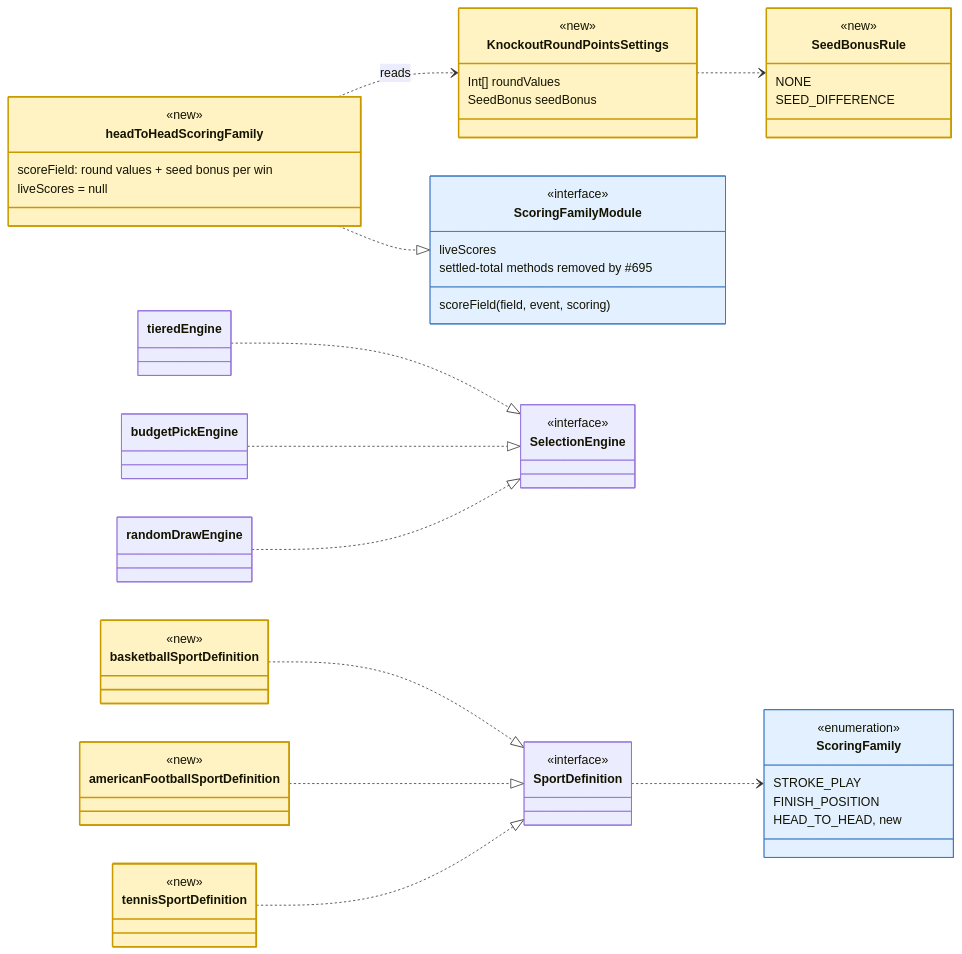
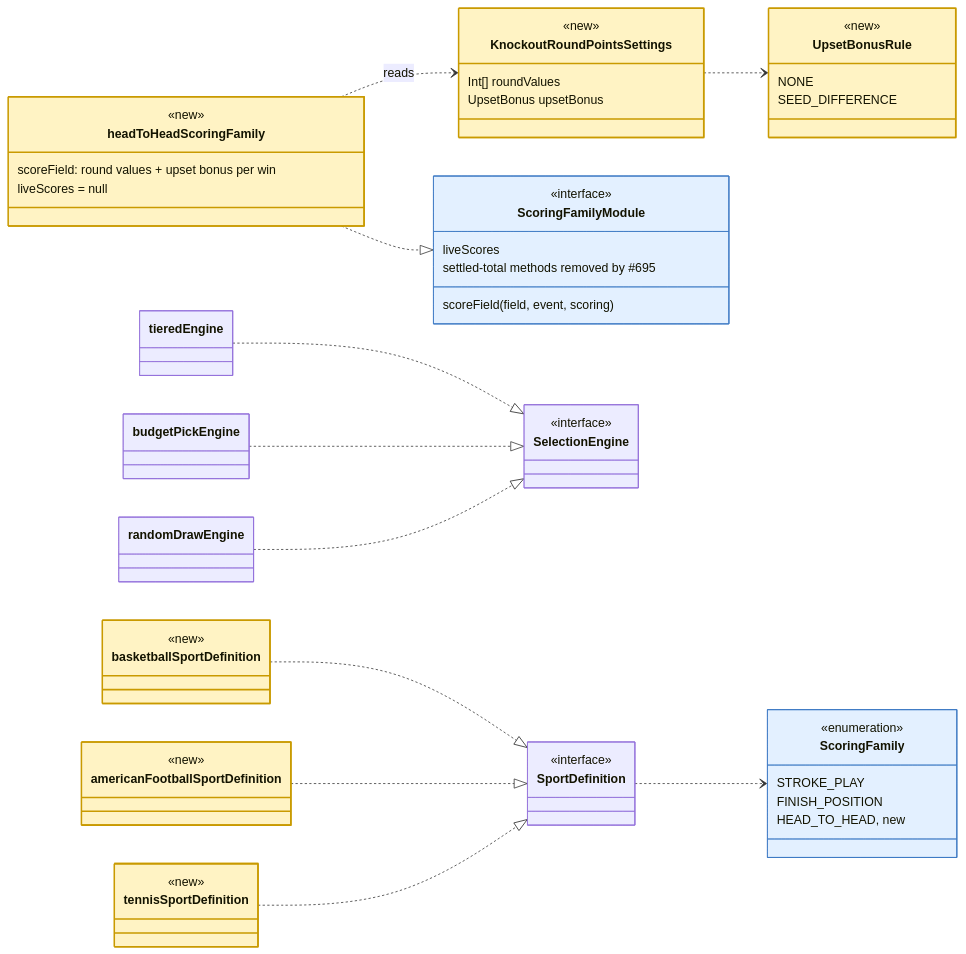
Before and after one commit to derek-dorazio/pool-master: the fourth of 6 diagrams in plans/knockout-and-pickem-design.md, drawn with Mermaid. The commit also changed other lines of this file, not shown here.

First line of the commit message:
Design: N3 decided, upset bonus (#599)

````diff
--- a/plans/knockout-and-pickem-design.md
+++ b/plans/knockout-and-pickem-design.md
@@ -735,69 +736,69 @@
 ```mermaid
 classDiagram
   direction LR
   class SportDefinition {
     <<interface>>
   }
   class ScoringFamilyModule {
     <<interface>>
     scoreField(field, event, scoring)
     liveScores
     settled-total methods removed by #695
   }
   class SelectionEngine {
     <<interface>>
   }
   class ScoringFamily {
     <<enumeration>>
     STROKE_PLAY
     FINISH_POSITION
     HEAD_TO_HEAD, new
   }
   class headToHeadScoringFamily {
     <<new>>
-    scoreField: round values + seed bonus per win
+    scoreField: round values + upset bonus per win
     liveScores = null
   }
   class KnockoutRoundPointsSettings {
     <<new>>
     Int[] roundValues
-    SeedBonus seedBonus
+    UpsetBonus upsetBonus
   }
-  class SeedBonusRule {
+  class UpsetBonusRule {
     <<new>>
     NONE
     SEED_DIFFERENCE
   }
   class basketballSportDefinition {
     <<new>>
   }
   class americanFootballSportDefinition {
     <<new>>
   }
   class tennisSportDefinition {
     <<new>>
   }
   class tieredEngine
   class budgetPickEngine
   class randomDrawEngine
 
   basketballSportDefinition ..|> SportDefinition
   americanFootballSportDefinition ..|> SportDefinition
   tennisSportDefinition ..|> SportDefinition
   headToHeadScoringFamily ..|> ScoringFamilyModule
   headToHeadScoringFamily ..> KnockoutRoundPointsSettings : reads
-  KnockoutRoundPointsSettings ..> SeedBonusRule
+  KnockoutRoundPointsSettings ..> UpsetBonusRule
   SportDefinition ..> ScoringFamily
   tieredEngine ..|> SelectionEngine
   budgetPickEngine ..|> SelectionEngine
   randomDrawEngine ..|> SelectionEngine
 
   style headToHeadScoringFamily fill:#fff3c4,stroke:#c99a00,stroke-width:2px
   style KnockoutRoundPointsSettings fill:#fff3c4,stroke:#c99a00,stroke-width:2px
-  style SeedBonusRule fill:#fff3c4,stroke:#c99a00,stroke-width:2px
+  style UpsetBonusRule fill:#fff3c4,stroke:#c99a00,stroke-width:2px
   style basketballSportDefinition fill:#fff3c4,stroke:#c99a00,stroke-width:2px
   style americanFootballSportDefinition fill:#fff3c4,stroke:#c99a00,stroke-width:2px
   style tennisSportDefinition fill:#fff3c4,stroke:#c99a00,stroke-width:2px
   style ScoringFamily fill:#e3f0ff,stroke:#3b78c4
   style ScoringFamilyModule fill:#e3f0ff,stroke:#3b78c4
 ```
````
